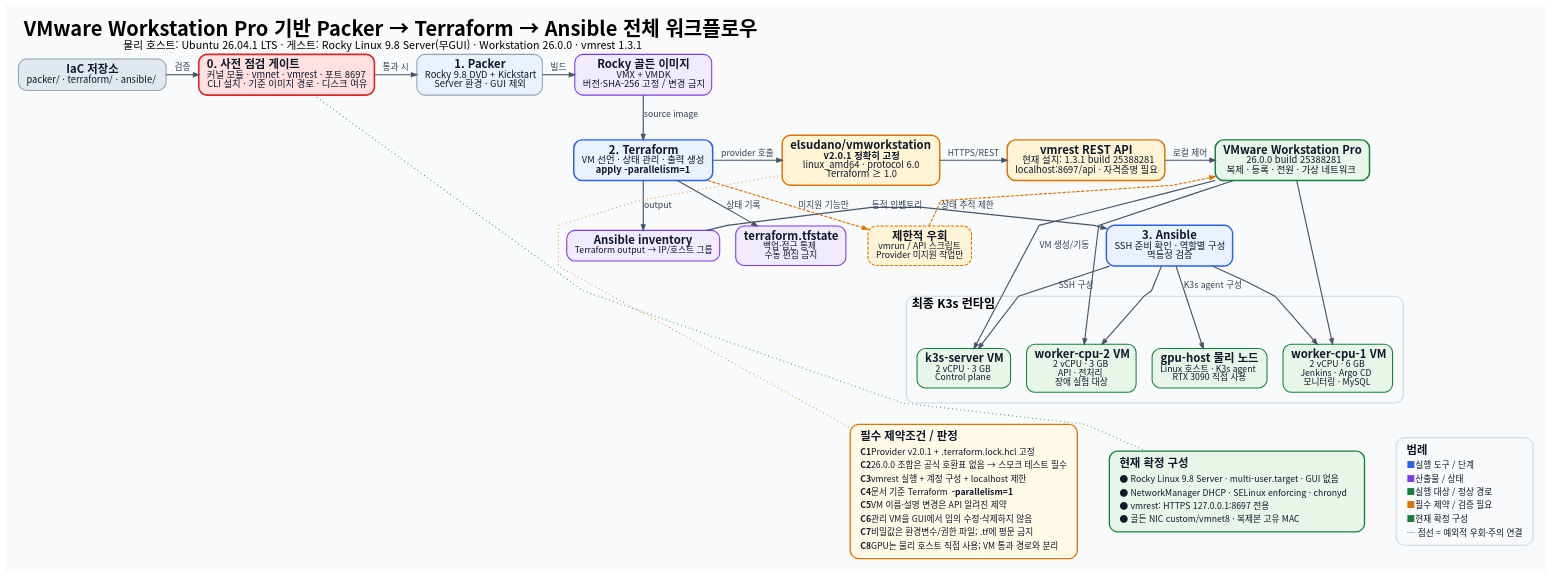
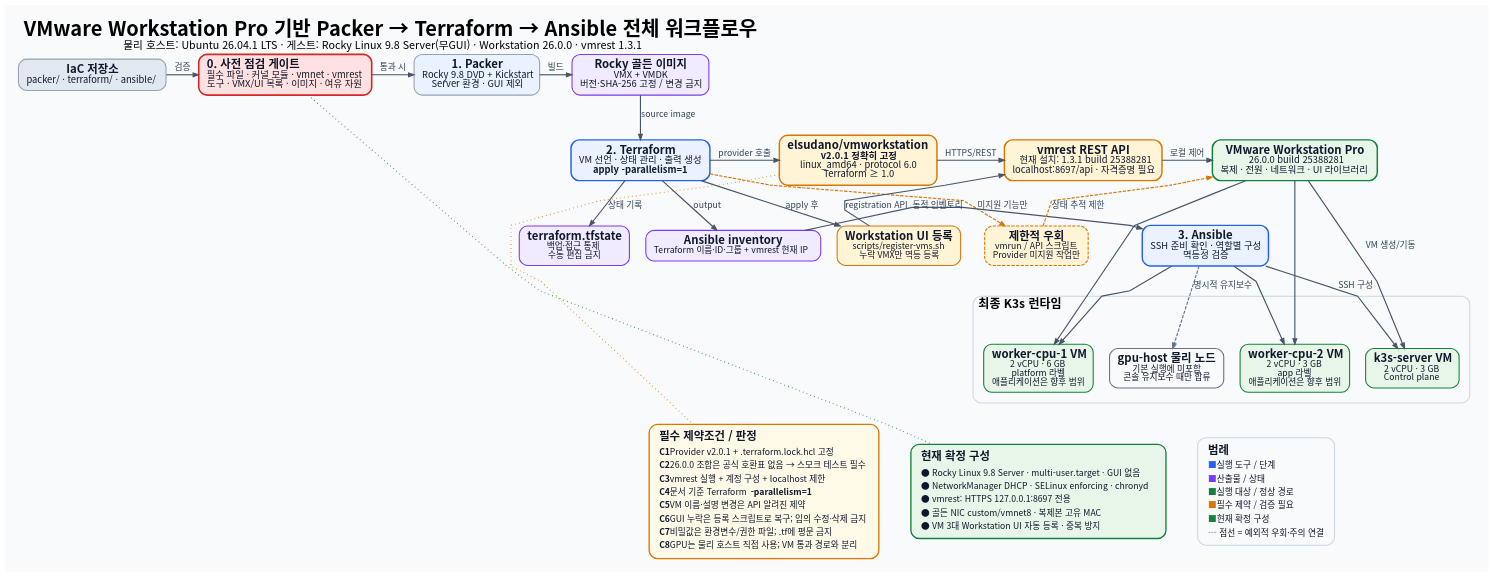
One commit to IIVRIICOLKM/k3s-vmware-lab changed the diagram in docs/vmware-workstation-iac-workflow.dot. Above: the diagram before and after it, drawn with Graphviz. The commit also changed 11 other files, not shown here.

```diff
--- a/docs/vmware-workstation-iac-workflow.dot
+++ b/docs/vmware-workstation-iac-workflow.dot
@@ -1,164 +1,168 @@
 digraph workflow {
   graph [
     rankdir=TB,
     bgcolor="#F8FAFC",
     pad="0.28",
     margin="0.05",
     nodesep="0.34",
     ranksep="0.62",
     splines=polyline,
     fontname="Noto Sans CJK KR",
     labelloc="t",
     labeljust="l",
     label=<<FONT POINT-SIZE="30"><B>VMware Workstation Pro 기반 Packer → Terraform → Ansible 전체 워크플로우</B></FONT><BR/><FONT POINT-SIZE="16">물리 호스트: Ubuntu 26.04.1 LTS · 게스트: Rocky Linux 9.8 Server(무GUI) · Workstation 26.0.0 · vmrest 1.3.1</FONT>>
   ];
 
   node [
     shape=rect,
     style="rounded,filled",
     color="#94A3B8",
     fillcolor="#EAF2FF",
     fontcolor="#0F172A",
     fontname="Noto Sans CJK KR",
     fontsize=17,
     penwidth=1.6,
     margin="0.16,0.11"
   ];
 
   edge [
     color="#475569",
     fontcolor="#334155",
     fontname="Noto Sans CJK KR",
     fontsize=13,
     penwidth=1.7,
     arrowsize=0.8
   ];
 
   source [label=<<B>IaC 저장소</B><BR/><FONT POINT-SIZE="14">packer/ · terraform/ · ansible/</FONT>>, fillcolor="#E2E8F0"];
 
   preflight [
-    label=<<B>0. 사전 점검 게이트</B><BR ALIGN="LEFT"/><FONT POINT-SIZE="14">커널 모듈 · vmnet · vmrest · 포트 8697<BR/>CLI 설치 · 기준 이미지 경로 · 디스크 여유</FONT>>,
+    label=<<B>0. 사전 점검 게이트</B><BR ALIGN="LEFT"/><FONT POINT-SIZE="14">필수 파일 · 커널 모듈 · vmnet · vmrest<BR/>도구 · VMX/UI 목록 · 이미지 · 여유 자원</FONT>>,
     fillcolor="#FFE1E1",
     color="#DC2626",
     penwidth=2.4
   ];
 
   packer [label=<<B>1. Packer</B><BR/><FONT POINT-SIZE="14">Rocky 9.8 DVD + Kickstart<BR/>Server 환경 · GUI 제외</FONT>>];
   image [label=<<B>Rocky 골든 이미지</B><BR/><FONT POINT-SIZE="14">VMX + VMDK<BR/>버전·SHA-256 고정 / 변경 금지</FONT>>, fillcolor="#F1EBFF", color="#7C3AED"];
 
   terraform [label=<<B>2. Terraform</B><BR/><FONT POINT-SIZE="14">VM 선언 · 상태 관리 · 출력 생성<BR/><B>apply -parallelism=1</B></FONT>>, fillcolor="#EAF2FF", color="#2563EB", penwidth=2.2];
   tfstate [label=<<B>terraform.tfstate</B><BR/><FONT POINT-SIZE="13">백업·접근 통제<BR/>수동 편집 금지</FONT>>, fillcolor="#F1EBFF", color="#7C3AED"];
   provider [label=<<B>elsudano/vmworkstation</B><BR/><FONT POINT-SIZE="14"><B>v2.0.1 정확히 고정</B><BR/>linux_amd64 · protocol 6.0<BR/>Terraform ≥ 1.0</FONT>>, fillcolor="#FFF4D6", color="#D97706", penwidth=2.2];
   vmrest [label=<<B>vmrest REST API</B><BR/><FONT POINT-SIZE="14">현재 설치: 1.3.1 build 25388281<BR/>localhost:8697/api · 자격증명 필요</FONT>>, fillcolor="#FFF4D6", color="#D97706", penwidth=2.2];
-  workstation [label=<<B>VMware Workstation Pro</B><BR/><FONT POINT-SIZE="14">26.0.0 build 25388281<BR/>복제 · 등록 · 전원 · 가상 네트워크</FONT>>, fillcolor="#E8F5E9", color="#15803D", penwidth=2.2];
+  workstation [label=<<B>VMware Workstation Pro</B><BR/><FONT POINT-SIZE="14">26.0.0 build 25388281<BR/>복제 · 전원 · 네트워크 · UI 라이브러리</FONT>>, fillcolor="#E8F5E9", color="#15803D", penwidth=2.2];
 
-  inventory [label=<<B>Ansible inventory</B><BR/><FONT POINT-SIZE="13">Terraform output → IP/호스트 그룹</FONT>>, fillcolor="#F1EBFF", color="#7C3AED"];
+  uireg [label=<<B>Workstation UI 등록</B><BR/><FONT POINT-SIZE="13">scripts/register-vms.sh<BR/>누락 VMX만 멱등 등록</FONT>>, fillcolor="#FFF4D6", color="#D97706"];
+  inventory [label=<<B>Ansible inventory</B><BR/><FONT POINT-SIZE="13">Terraform 이름·ID·그룹 + vmrest 현재 IP</FONT>>, fillcolor="#F1EBFF", color="#7C3AED"];
   ansible [label=<<B>3. Ansible</B><BR/><FONT POINT-SIZE="14">SSH 준비 확인 · 역할별 구성<BR/>멱등성 검증</FONT>>, fillcolor="#EAF2FF", color="#2563EB", penwidth=2.2];
 
   subgraph cluster_runtime {
     label=<<B>최종 K3s 런타임</B>>;
     color="#CBD5E1";
     penwidth=1.5;
     style="rounded";
     fontname="Noto Sans CJK KR";
     fontsize=18;
     margin=16;
 
     server [label=<<B>k3s-server VM</B><BR/><FONT POINT-SIZE="13">2 vCPU · 3 GB<BR/>Control plane</FONT>>, fillcolor="#E8F5E9", color="#15803D"];
-    worker1 [label=<<B>worker-cpu-1 VM</B><BR/><FONT POINT-SIZE="13">2 vCPU · 6 GB<BR/>Jenkins · Argo CD<BR/>모니터링 · MySQL</FONT>>, fillcolor="#E8F5E9", color="#15803D"];
-    worker2 [label=<<B>worker-cpu-2 VM</B><BR/><FONT POINT-SIZE="13">2 vCPU · 3 GB<BR/>API · 전처리<BR/>장애 실험 대상</FONT>>, fillcolor="#E8F5E9", color="#15803D"];
-    gpuhost [label=<<B>gpu-host 물리 노드</B><BR/><FONT POINT-SIZE="13">Linux 호스트 · K3s agent<BR/>RTX 3090 직접 사용</FONT>>, fillcolor="#E8F5E9", color="#15803D"];
+    worker1 [label=<<B>worker-cpu-1 VM</B><BR/><FONT POINT-SIZE="13">2 vCPU · 6 GB<BR/>platform 라벨<BR/>애플리케이션은 향후 범위</FONT>>, fillcolor="#E8F5E9", color="#15803D"];
+    worker2 [label=<<B>worker-cpu-2 VM</B><BR/><FONT POINT-SIZE="13">2 vCPU · 3 GB<BR/>app 라벨<BR/>애플리케이션은 향후 범위</FONT>>, fillcolor="#E8F5E9", color="#15803D"];
+    gpuhost [label=<<B>gpu-host 물리 노드</B><BR/><FONT POINT-SIZE="13">기본 실행에 미포함<BR/>콘솔 유지보수 때만 합류</FONT>>, fillcolor="#F8FAFC", color="#64748B"];
 
     { rank=same; server; worker1; worker2; gpuhost; }
   }
 
   fallback [label=<<B>제한적 우회</B><BR/><FONT POINT-SIZE="13">vmrun / API 스크립트<BR/>Provider 미지원 작업만</FONT>>, fillcolor="#FFF4D6", color="#D97706", style="rounded,filled,dashed"];
 
   constraints [
     shape=rect,
     style="rounded,filled",
     fillcolor="#FFF9E8",
     color="#D97706",
     penwidth=2.0,
     label=<<TABLE BORDER="0" CELLBORDER="0" CELLPADDING="3" CELLSPACING="0">
       <TR><TD ALIGN="LEFT"><FONT POINT-SIZE="17"><B>필수 제약조건 / 판정</B></FONT></TD></TR>
       <TR><TD ALIGN="LEFT"><B>C1</B> Provider v2.0.1 + .terraform.lock.hcl 고정</TD></TR>
       <TR><TD ALIGN="LEFT"><B>C2</B> 26.0.0 조합은 공식 호환표 없음 → 스모크 테스트 필수</TD></TR>
       <TR><TD ALIGN="LEFT"><B>C3</B> vmrest 실행 + 계정 구성 + localhost 제한</TD></TR>
       <TR><TD ALIGN="LEFT"><B>C4</B> 문서 기준 Terraform <B>-parallelism=1</B></TD></TR>
       <TR><TD ALIGN="LEFT"><B>C5</B> VM 이름·설명 변경은 API 알려진 제약</TD></TR>
-      <TR><TD ALIGN="LEFT"><B>C6</B> 관리 VM을 GUI에서 임의 수정·삭제하지 않음</TD></TR>
+      <TR><TD ALIGN="LEFT"><B>C6</B> GUI 누락은 등록 스크립트로 복구; 임의 수정·삭제 금지</TD></TR>
       <TR><TD ALIGN="LEFT"><B>C7</B> 비밀값은 환경변수/권한 파일; .tf에 평문 금지</TD></TR>
       <TR><TD ALIGN="LEFT"><B>C8</B> GPU는 물리 호스트 직접 사용; VM 통과 경로와 분리</TD></TR>
     </TABLE>>,
     fontsize=13
   ];
 
   current [
     shape=rect,
     style="rounded,filled",
     fillcolor="#E8F5E9",
     color="#15803D",
     penwidth=2.0,
     label=<<TABLE BORDER="0" CELLBORDER="0" CELLPADDING="3" CELLSPACING="0">
       <TR><TD ALIGN="LEFT"><FONT POINT-SIZE="17"><B>현재 확정 구성</B></FONT></TD></TR>
       <TR><TD ALIGN="LEFT">● Rocky Linux 9.8 Server · multi-user.target · GUI 없음</TD></TR>
       <TR><TD ALIGN="LEFT">● NetworkManager DHCP · SELinux enforcing · chronyd</TD></TR>
       <TR><TD ALIGN="LEFT">● vmrest: HTTPS 127.0.0.1:8697 전용</TD></TR>
       <TR><TD ALIGN="LEFT">● 골든 NIC custom/vmnet8 · 복제본 고유 MAC</TD></TR>
+      <TR><TD ALIGN="LEFT">● VM 3대 Workstation UI 자동 등록 · 중복 방지</TD></TR>
     </TABLE>>,
     fontsize=13
   ];
 
   legend [
     shape=rect,
     style="rounded,filled",
     fillcolor="#F8FAFC",
     color="#CBD5E1",
     penwidth=1.5,
     label=<<TABLE BORDER="0" CELLBORDER="0" CELLPADDING="3" CELLSPACING="0">
       <TR><TD ALIGN="LEFT"><FONT POINT-SIZE="17"><B>범례</B></FONT></TD></TR>
       <TR><TD ALIGN="LEFT"><FONT COLOR="#2563EB">■</FONT> 실행 도구 / 단계</TD></TR>
       <TR><TD ALIGN="LEFT"><FONT COLOR="#7C3AED">■</FONT> 산출물 / 상태</TD></TR>
       <TR><TD ALIGN="LEFT"><FONT COLOR="#15803D">■</FONT> 실행 대상 / 정상 경로</TD></TR>
       <TR><TD ALIGN="LEFT"><FONT COLOR="#D97706">■</FONT> 필수 제약 / 검증 필요</TD></TR>
       <TR><TD ALIGN="LEFT"><FONT COLOR="#15803D">■</FONT> 현재 확정 구성</TD></TR>
       <TR><TD ALIGN="LEFT">┄ 점선 = 예외적 우회·주의 연결</TD></TR>
     </TABLE>>,
     fontsize=13
   ];
 
   source -> preflight [label="검증"];
   preflight -> packer [label="통과 시"];
   packer -> image [label="빌드"];
   image -> terraform [label="source image"];
   terraform -> tfstate [label="상태 기록", dir=both, arrowtail=none];
   terraform -> provider [label="provider 호출"];
   provider -> vmrest [label="HTTPS/REST"];
   vmrest -> workstation [label="로컬 제어"];
 
+  terraform -> uireg [label="apply 후"];
+  uireg -> vmrest [label="registration API"];
   terraform -> inventory [label="output"];
   inventory -> ansible [label="동적 인벤토리"];
   workstation -> server [label="VM 생성/기동"];
   workstation -> worker1;
   workstation -> worker2;
   ansible -> server [label="SSH 구성"];
   ansible -> worker1;
   ansible -> worker2;
-  ansible -> gpuhost [label="K3s agent 구성"];
+  ansible -> gpuhost [style=dashed, color="#64748B", label="명시적 유지보수"];
 
   terraform -> fallback [style=dashed, color="#D97706", label="미지원 기능만"];
   fallback -> workstation [style=dashed, color="#D97706", label="상태 추적 제한"];
 
   preflight -> current [style=dotted, color="#15803D", arrowhead=none, constraint=false];
   provider -> constraints [style=dotted, color="#D97706", arrowhead=none, constraint=false];
 
   { rank=same; source; preflight; packer; image; }
   { rank=same; terraform; provider; vmrest; workstation; }
-  { rank=same; tfstate; inventory; ansible; fallback; }
+  { rank=same; tfstate; uireg; inventory; ansible; fallback; }
   { rank=same; constraints; current; legend; }
   server -> constraints [style=invis, weight=20, minlen=1];
   worker1 -> current [style=invis, weight=20, minlen=1];
   gpuhost -> legend [style=invis, weight=20, minlen=1];
   constraints -> current -> legend [style=invis, weight=20];
 }
```
